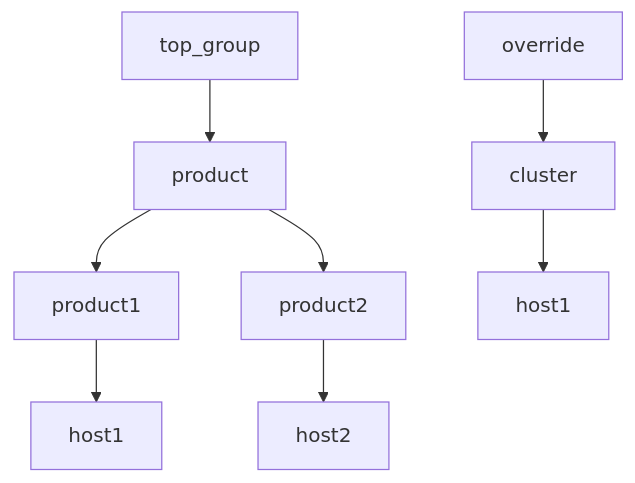
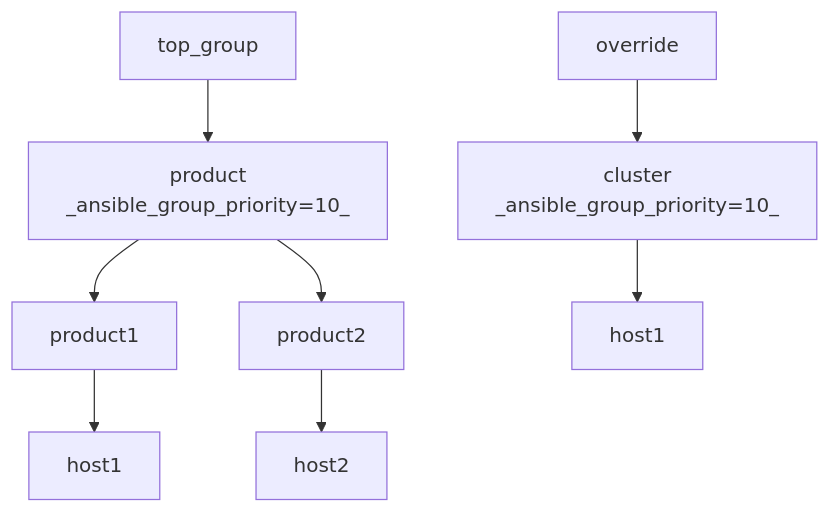
Before and after one commit to lj020326/Ansible-inventory-file-examples: the diagram in tests/ansible-group-priority/example3/README.md, drawn with Mermaid. The commit also changed other lines of this file, not shown here.

Commit message:
develop-lj - 	modified:   tests/ansible-group-priority/example3/README.md

````diff
--- a/tests/ansible-group-priority/example3/README.md
+++ b/tests/ansible-group-priority/example3/README.md
@@ -11,10 +11,10 @@
 ```mermaid
 graph TD;
-    A[top_group] --> C[product]
-    B[override] --> F[cluster]
+    A[top_group] --> C[product<br>_ansible_group_priority=10_]
+    B[override] --> F[cluster<br>_ansible_group_priority=10_]
     C --> D["product1"]
     C --> E["product2"]
     D --> H["host1"]
     E --> I["host2"]
     F --> J["host1"]
 ```
````
